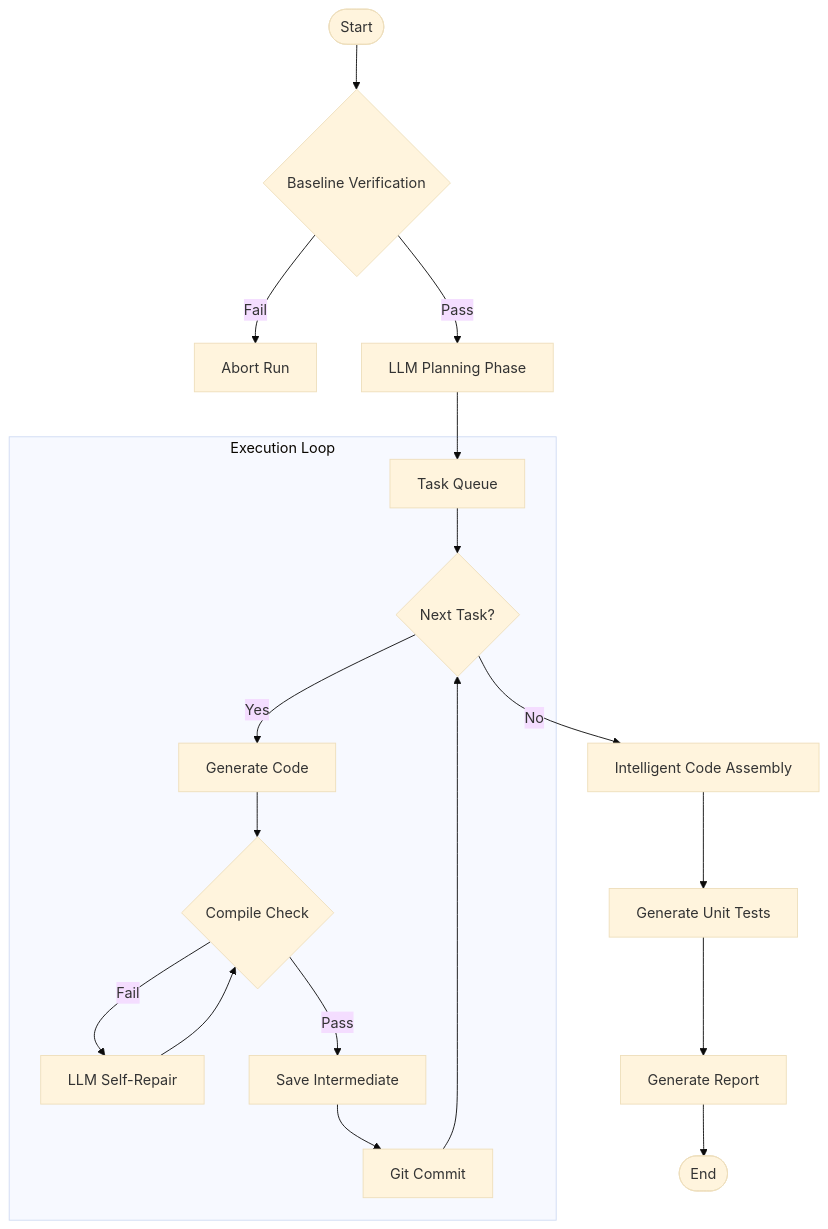
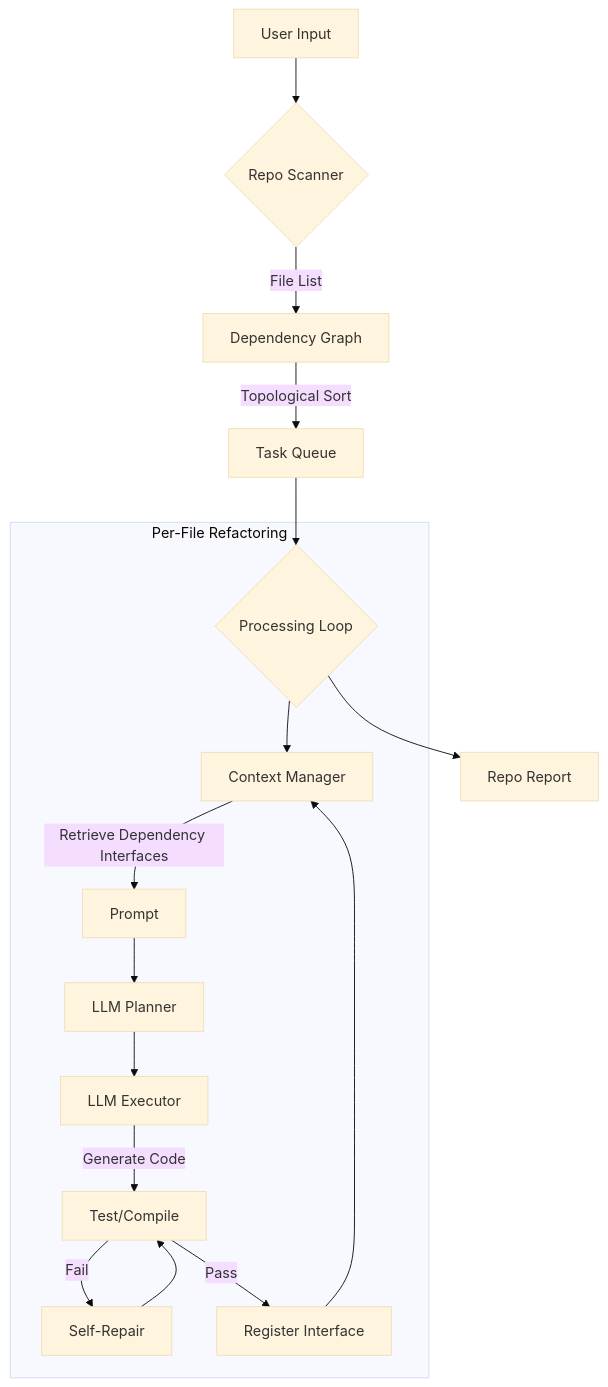
Before and after one commit to owen920831/refactor_base: the diagram in README.md, drawn with Mermaid (base theme). The commit also changed other lines of this file and 36 other files, not shown here.

Commit message:
Refactor: Modularize architecture into Core, Agents, and Cognition layers (v2)

````diff
--- a/README.md
+++ b/README.md
@@ -52,27 +62,22 @@
 ```mermaid
 graph TD
-    Start([Start]) --> Baseline{Baseline Verification}
+    User[User Input] --> Scanner{Repo Scanner}
+    Scanner -->|File List| Graph[Dependency Graph]
+    Graph -->|Topological Sort| Queue[Task Queue]
 
-    Baseline -- Fail --> Exit[Abort Run]
-    Baseline -- Pass --> Plan[LLM Planning Phase]
+    Queue --> Loop{Processing Loop}
 
-    Plan --> Tasks[Task Queue]
-
-    subgraph Execution Loop
-        Tasks --> Task{Next Task?}
-        Task -- Yes --> Gen[Generate Code]
-        Gen --> Compile{Compile Check}
-
-        Compile -- Fail --> Fix[LLM Self-Repair]
-        Fix --> Compile
-
-        Compile -- Pass --> Save[Save Intermediate]
-        Save --> Git[Git Commit]
-        Git --> Task
+    subgraph "Per-File Refactoring"
+        Loop --> Context[Context Manager]
+        Context -->|Retrieve Dependency Interfaces| Prompt
+        Prompt --> Planner[LLM Planner]
+        Planner --> Executor[LLM Executor]
+        Executor -->|Generate Code| Verifier[Test/Compile]
+        Verifier -- Fail --> Repair[Self-Repair]
+        Repair --> Verifier
+        Verifier -- Pass --> Interface[Register Interface]
+        Interface --> Context
     end
 
-    Task -- No --> Assemble[Intelligent Code Assembly]
-    Assemble --> FinalTest[Generate Unit Tests]
-    FinalTest --> Report[Generate Report]
-    Report --> End([End])
+    Loop --> Final[Repo Report]
 ```
````
